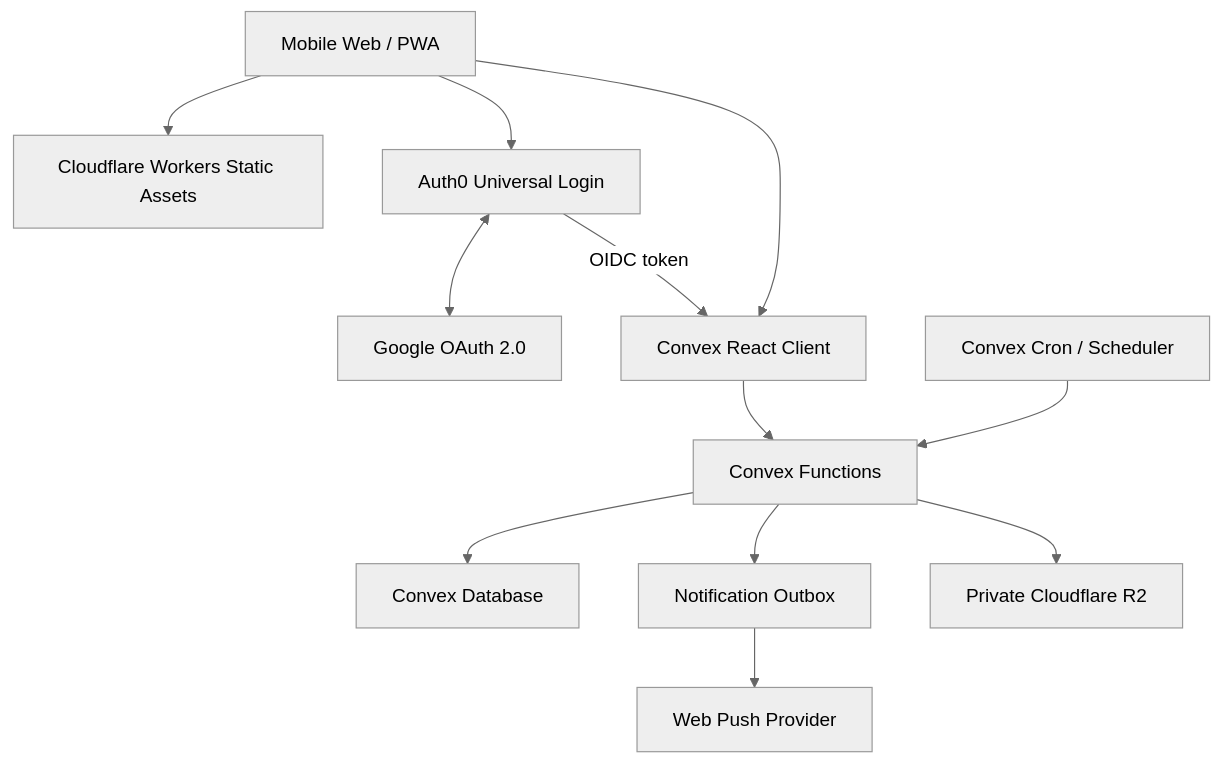
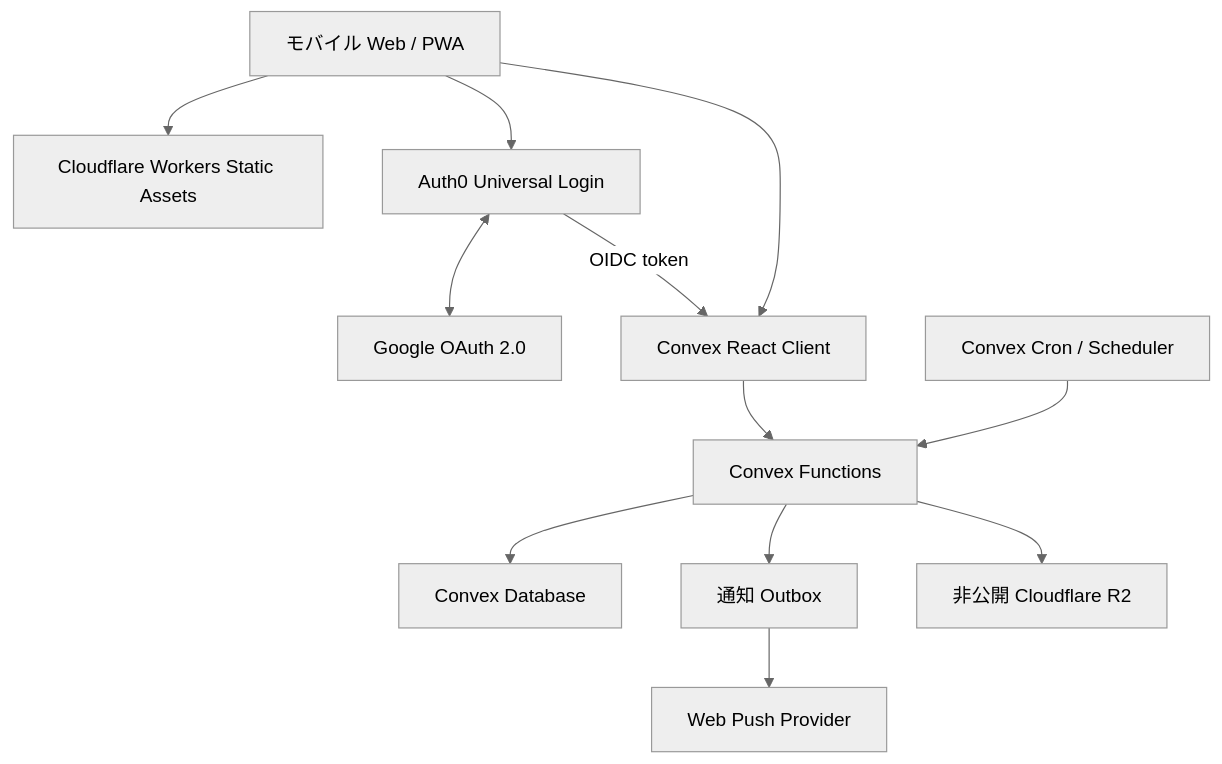
The diagram in docs/architecture/overview.md (hondasports-dev/Re-Me), drawn with Mermaid (neutral theme) before and after one commit. The commit also changed other lines of this file and 38 other files, not shown here.

````diff
--- a/docs/architecture/overview.md
+++ b/docs/architecture/overview.md
@@ -7,26 +7,26 @@
 ```mermaid
 flowchart TB
-    U[Mobile Web / PWA]
+    U[モバイル Web / PWA]
     CF[Cloudflare Workers Static Assets]
     A0[Auth0 Universal Login]
     G[Google OAuth 2.0]
     CX[Convex React Client]
     FN[Convex Functions]
     DB[Convex Database]
     CRON[Convex Cron / Scheduler]
-    OUTBOX[Notification Outbox]
-    R2[Private Cloudflare R2]
+    OUTBOX[通知 Outbox]
+    R2[非公開 Cloudflare R2]
     PUSH[Web Push Provider]
 
     U --> CF
     U --> A0
     A0 <--> G
     A0 -->|OIDC token| CX
     U --> CX
     CX --> FN
     FN --> DB
     CRON --> FN
     FN --> OUTBOX
     FN --> R2
     OUTBOX --> PUSH
 ```
````
